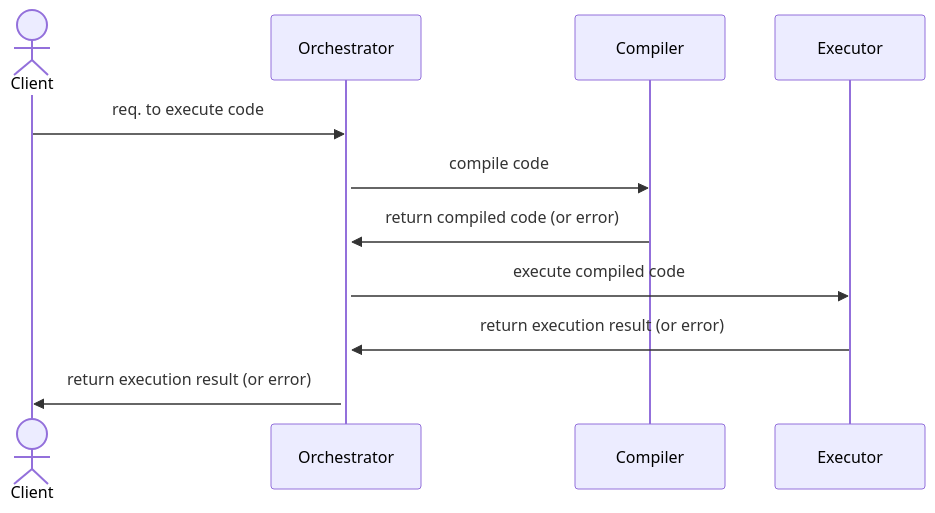
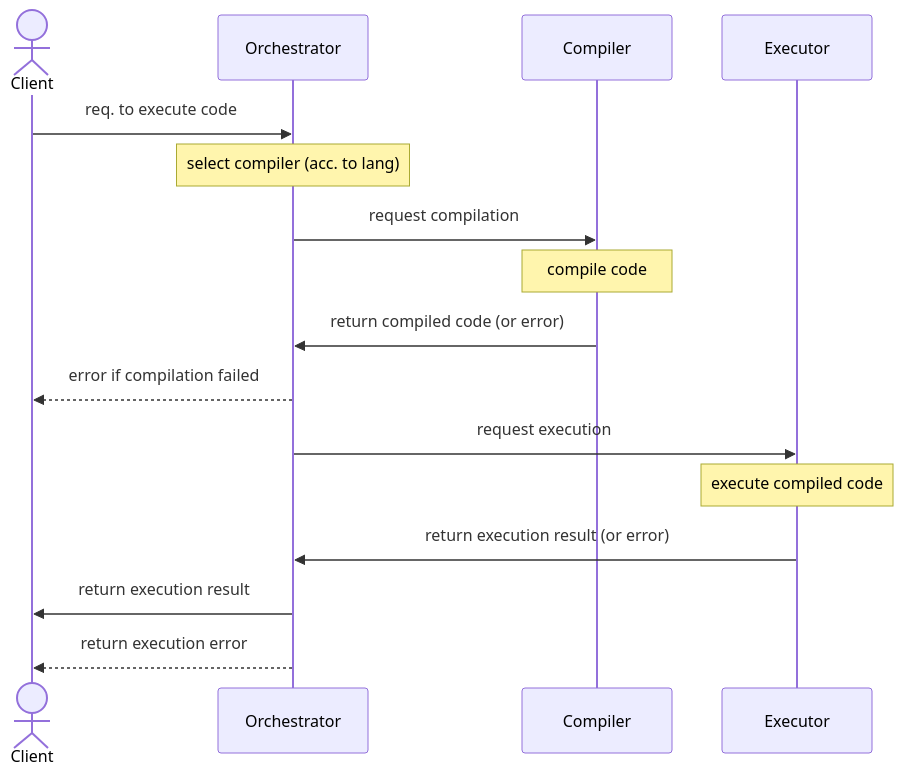
One commit to IgnisDa/codefarem changed the diagram in README.md. Above: the diagram before and after it, drawn with Mermaid. The commit also changed other lines of this file, not shown here.

Commit message:
docs: enhance sequence diagram
Also add additional links.

````diff
--- a/README.md
+++ b/README.md
@@ -8,15 +11,19 @@
 ```mermaid
 sequenceDiagram
 
 actor Client;
 participant Orchestrator;
 participant Compiler;
 participant Executor;
 Client ->> Orchestrator: req. to execute code
-activate Orchestrator
-Orchestrator ->> Compiler: compile code
+note over Orchestrator: select compiler (acc. to lang)
+Orchestrator ->> Compiler: request compilation
+note over Compiler: compile code
 Compiler ->> Orchestrator: return compiled code (or error)
-Orchestrator ->> Executor: execute compiled code
+Orchestrator -->> Client: error if compilation failed
+Orchestrator ->> Executor: request execution
+note over Executor: execute compiled code
 Executor ->> Orchestrator: return execution result (or error)
-Orchestrator ->> Client: return execution result (or error)
+Orchestrator ->> Client: return execution result
+Orchestrator -->> Client: return execution error
 ```
````
